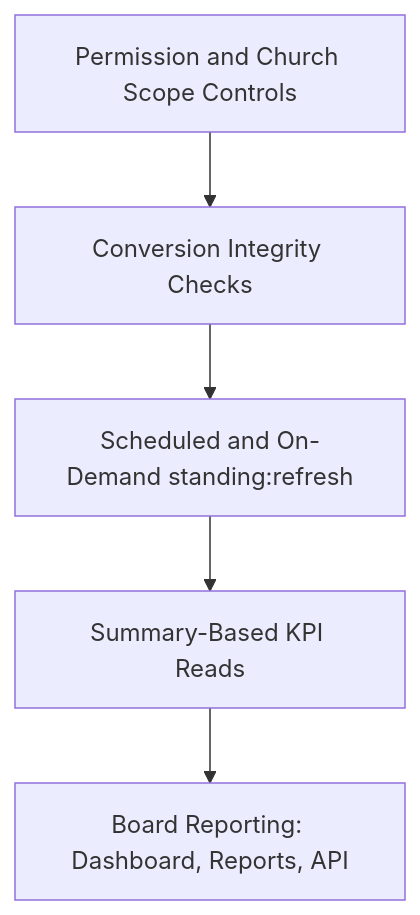
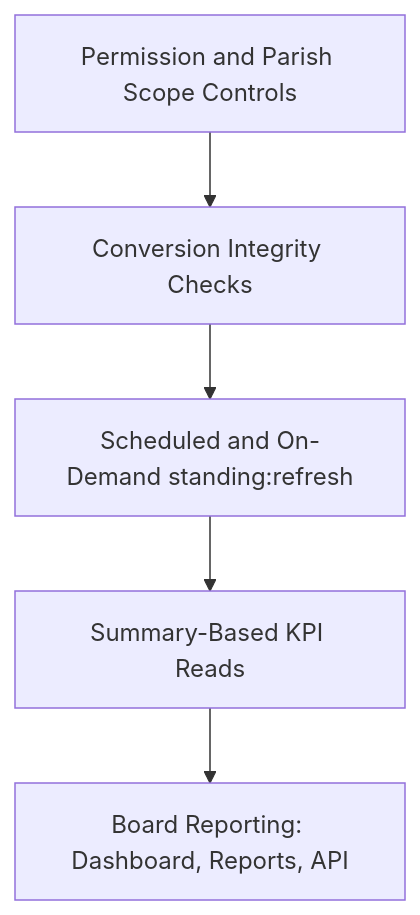
One commit to ekklesiaonline/ekklesiaONLINE changed the fifth of 5 diagrams in docs/GUEST_TO_GOOD_STANDING_BOARD_DECK_5_SLIDES_2026-04-11.md. Above: the diagram before and after it, drawn with Mermaid. The commit also changed other lines of this file and 266 other files, not shown here.

First line of the commit message:
Project-wide terminology migration: church -> parish

````diff
--- a/docs/GUEST_TO_GOOD_STANDING_BOARD_DECK_5_SLIDES_2026-04-11.md
+++ b/docs/GUEST_TO_GOOD_STANDING_BOARD_DECK_5_SLIDES_2026-04-11.md
@@ -49,7 +49,7 @@
 ```mermaid
 flowchart TB
-    A[Permission and Church Scope Controls] --> B[Conversion Integrity Checks]
+    A[Permission and Parish Scope Controls] --> B[Conversion Integrity Checks]
     B --> C[Scheduled and On-Demand standing:refresh]
     C --> D[Summary-Based KPI Reads]
     D --> E[Board Reporting: Dashboard, Reports, API]
 ```
````
